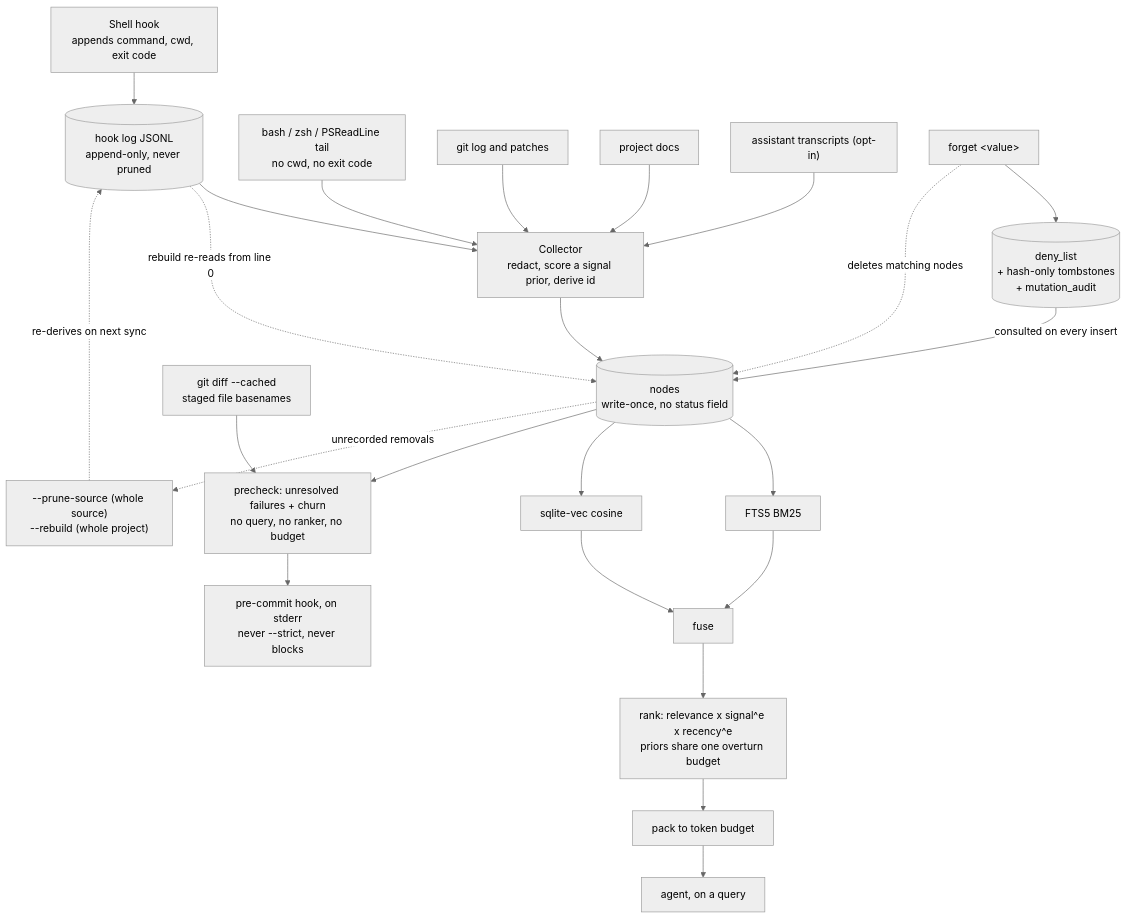
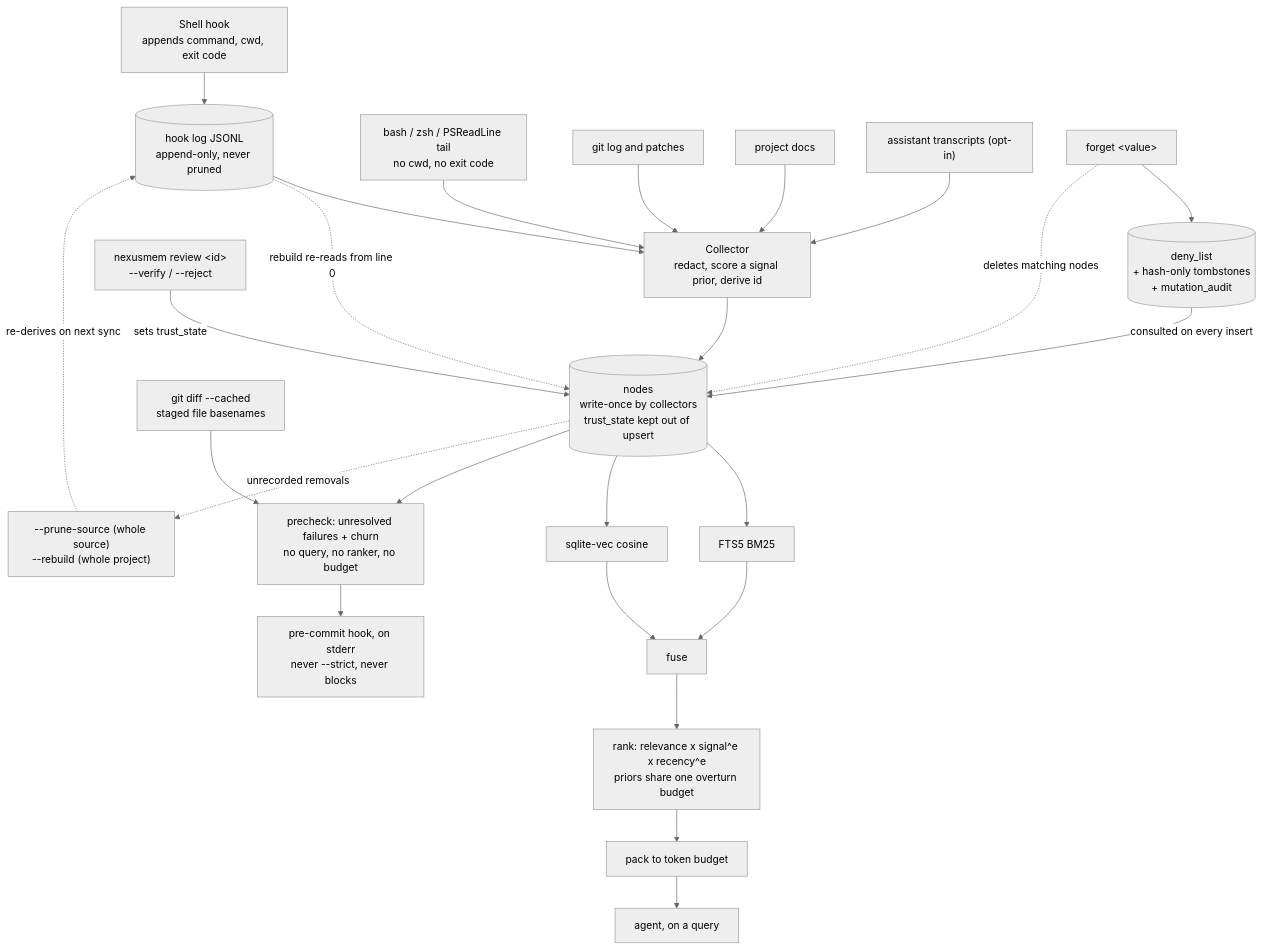
Before and after one commit to neoneye/agent-memory-atlas: the diagram in content/systems/nexusmem.md, drawn with Mermaid (neutral theme). The commit also changed other lines of this file and 402 other files, not shown here.

````diff
--- a/content/systems/nexusmem.md
+++ b/content/systems/nexusmem.md
@@ -126,27 +128,28 @@
 ```mermaid
-%% caption: two ways out — a ranked, budgeted answer to a query, and a pre-commit warning nobody asked for — and one way back in, because removal is keyed on the source, the source file survives, and the next full sync re-derives what was pruned
+%% caption: two ways out — a ranked, budgeted answer to a query and a pre-commit warning nobody asked for — one human verdict written back onto a node no collector may overwrite, and one way back in, because a source-keyed removal leaves the source file on disk and the next full sync re-derives what was pruned
 flowchart TD
     HOOK["Shell hook<br/>appends command, cwd, exit code"] --> LOG[("hook log JSONL<br/>append-only, never pruned")]
     LOG --> COLL
     SCRAPE["bash / zsh / PSReadLine tail<br/>no cwd, no exit code"] --> COLL
     GIT["git log and patches"] --> COLL
     DOCS["project docs"] --> COLL
     CONV["assistant transcripts (opt-in)"] --> COLL
-    COLL["Collector<br/>redact, score a signal prior, derive id"] --> N[("nodes<br/>write-once, no status field")]
+    COLL["Collector<br/>redact, score a signal prior, derive id"] --> N[("nodes<br/>write-once by collectors<br/>trust_state kept out of upsert")]
+    REVIEW["nexusmem review &lt;id&gt;<br/>--verify / --reject"] -->|"sets trust_state"| N
     N --> FTS["FTS5 BM25"]
     N --> VEC["sqlite-vec cosine"]
     FTS --> FUSE["fuse"]
     VEC --> FUSE
     FUSE --> RANK["rank: relevance x signal^e x recency^e<br/>priors share one overturn budget"]
     RANK --> PACK["pack to token budget"]
     PACK --> AGENT["agent, on a query"]
     STAGED["git diff --cached<br/>staged file basenames"] --> PRE["precheck: unresolved failures + churn<br/>no query, no ranker, no budget"]
     N --> PRE
     PRE --> HOOK2["pre-commit hook, on stderr<br/>never --strict, never blocks"]
     N -. "unrecorded removals" .-> PRUNE["--prune-source (whole source)<br/>--rebuild (whole project)"]
     PRUNE -. "re-derives on next sync" .-> LOG
     FORGET["forget &lt;value&gt;"] --> DENY[("deny_list<br/>+ hash-only tombstones<br/>+ mutation_audit")]
     FORGET -. "deletes matching nodes" .-> N
     DENY -->|"consulted on every insert"| N
     LOG -. "rebuild re-reads from line 0" .-> N
 ```
````
